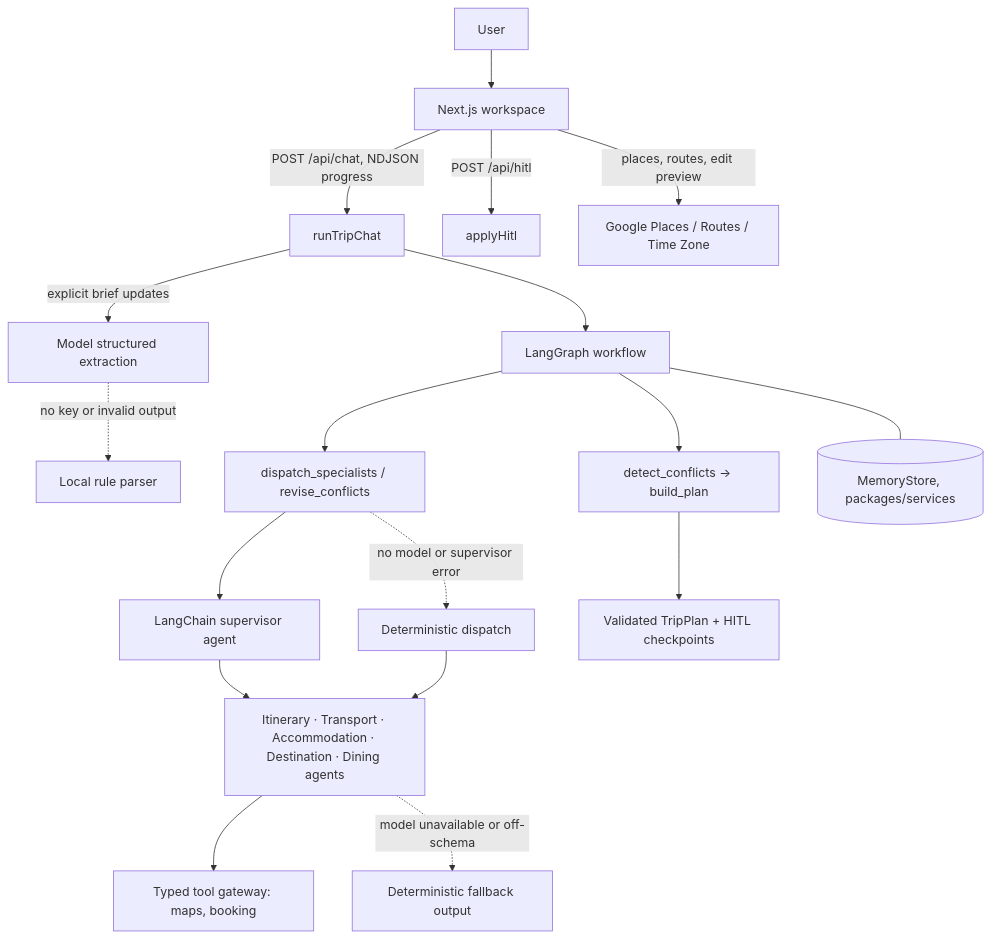
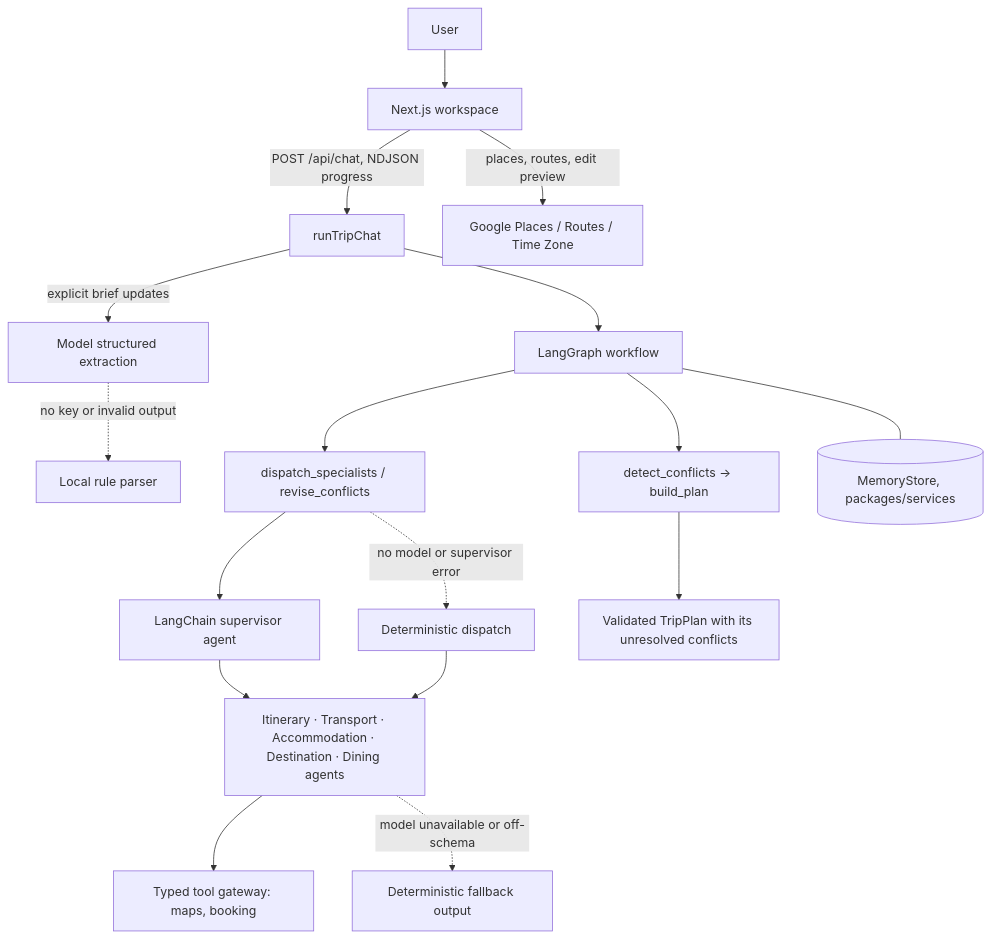
One commit to HeadmasterEggy/AI_TRIP_PLANNER changed the first of 2 diagrams in docs/architecture.md. Above: the diagram before and after it, drawn with Mermaid. The commit also changed other lines of this file and 71 other files, not shown here.

````diff
--- a/docs/architecture.md
+++ b/docs/architecture.md
@@ -8,20 +8,19 @@
 ```mermaid
 flowchart TB
     U[User] --> UI[Next.js workspace]
     UI -->|POST /api/chat, NDJSON progress| CHAT[runTripChat]
     CHAT -->|explicit brief updates| EX[Model structured extraction]
     EX -.->|no key or invalid output| LP[Local rule parser]
     CHAT --> WF[LangGraph workflow]
     WF --> DISPATCH[dispatch_specialists / revise_conflicts]
     DISPATCH --> SUP[LangChain supervisor agent]
     DISPATCH -.->|no model or supervisor error| DIRECT[Deterministic dispatch]
     SUP --> SPEC[Itinerary · Transport · Accommodation · Destination · Dining agents]
     DIRECT --> SPEC
     SPEC --> TOOLS[Typed tool gateway: maps, booking]
     SPEC -.->|model unavailable or off-schema| FB[Deterministic fallback output]
     WF --> CONF[detect_conflicts → build_plan]
     WF --- MEM[(MemoryStore, packages/services)]
-    CONF --> PLAN[Validated TripPlan + HITL checkpoints]
-    UI -->|POST /api/hitl| HITL[applyHitl]
+    CONF --> PLAN[Validated TripPlan with its unresolved conflicts]
     UI -->|places, routes, edit preview| GOOGLE[Google Places / Routes / Time Zone]
 ```
````
